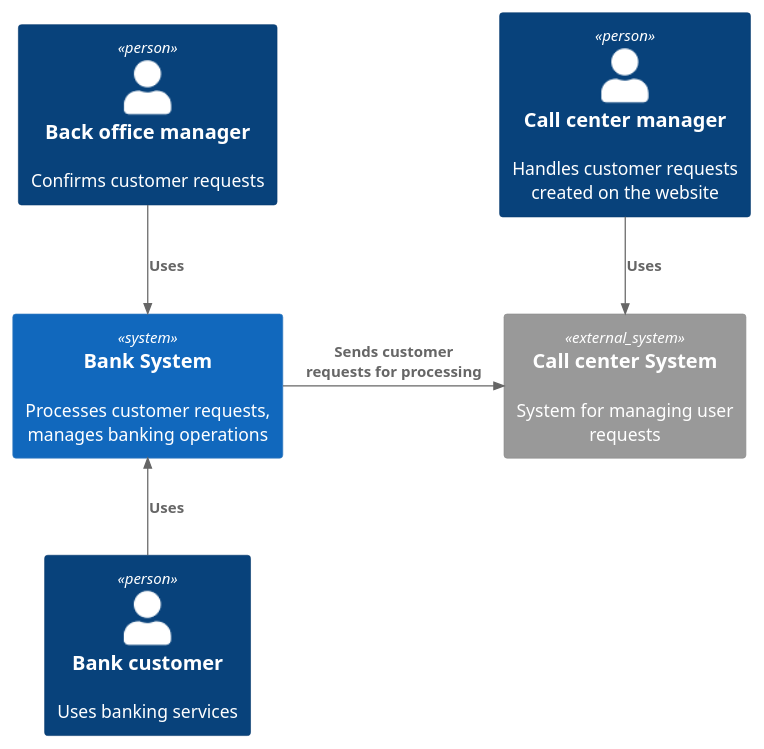
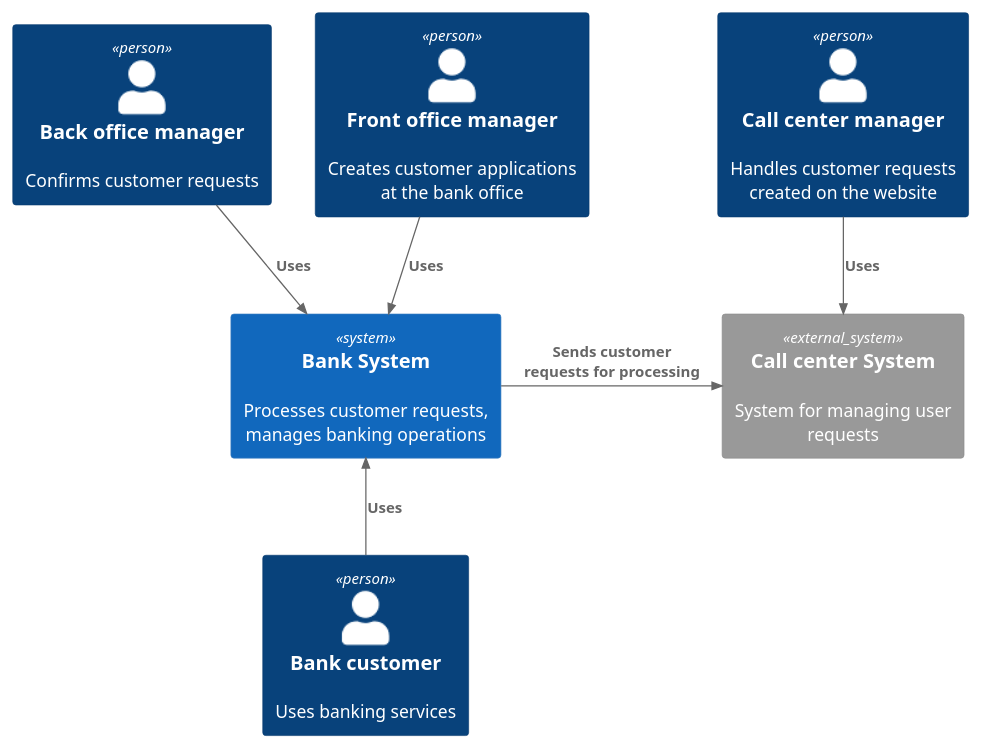
One commit to Madm1key/architecture-standart changed the diagram in Task3/С4_Context.puml. Above: the diagram before and after it, drawn with PlantUML. The commit also changed 4 other files, not shown here.

Commit message:
feat: enhance C4 model with front office manager role and SMS gateway integration

```diff
--- a/Task3/С4_Context.puml
+++ b/Task3/С4_Context.puml
@@ -1,14 +1,16 @@
 @startuml
 !include https://raw.githubusercontent.com/plantuml-stdlib/C4-PlantUML/master/C4_Context.puml
 
 Person(customer, "Bank customer", "Uses banking services")
 Person(ccm, "Call center manager", "Handles customer requests created on the website")
 Person(bom, "Back office manager", "Confirms customer requests")
+Person(fom, "Front office manager", "Creates customer applications at the bank office")
 System(app, "Bank System", "Processes customer requests, manages banking operations")
 System_Ext(ccSystem, "Call center System", $descr="System for managing user requests")
 
 Rel(ccm, ccSystem, "Uses")
 Rel_U(customer, app, "Uses")
 Rel(bom, app, "Uses")
+Rel(fom, app, "Uses")
 Rel_R(app, ccSystem, "Sends customer requests for processing")
 @enduml
```
